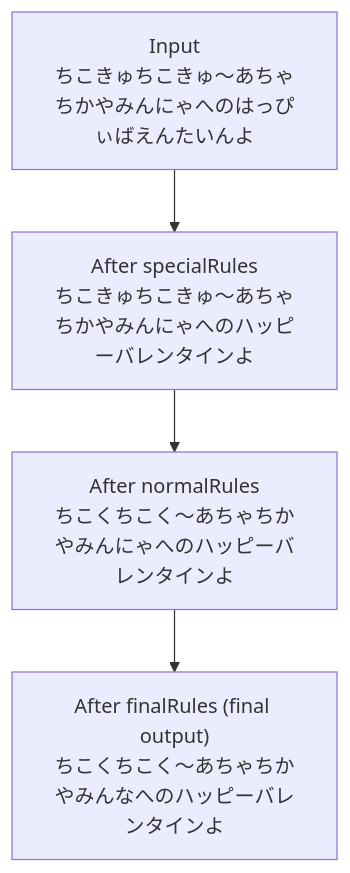
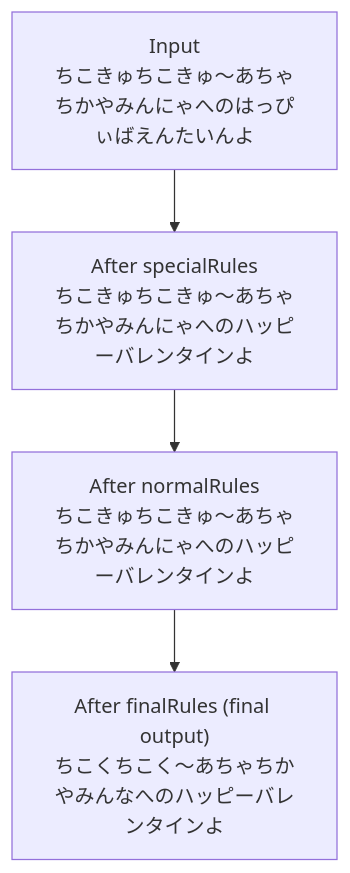
Before and after one commit to kotaoue/gochikoi: the diagram in README.md, drawn with Mermaid. The commit also changed other lines of this file, not shown here.

First line of the commit message:
Fix README normalization flow examples to match actual pipeline behavior

````diff
--- a/README.md
+++ b/README.md
@@ -36,9 +36,9 @@
 ```mermaid
 flowchart TD
   A["Input<br/>ちこきゅちこきゅ〜あちゃちかやみんにゃへのはっぴぃばえんたいんよ"]
   B["After specialRules<br/>ちこきゅちこきゅ〜あちゃちかやみんにゃへのハッピーバレンタインよ"]
-  C["After normalRules<br/>ちこくちこく〜あちゃちかやみんにゃへのハッピーバレンタインよ"]
+  C["After normalRules<br/>ちこきゅちこきゅ〜あちゃちかやみんにゃへのハッピーバレンタインよ"]
   D["After finalRules (final output)<br/>ちこくちこく〜あちゃちかやみんなへのハッピーバレンタインよ"]
 
   A --> B --> C --> D
 ```
````
